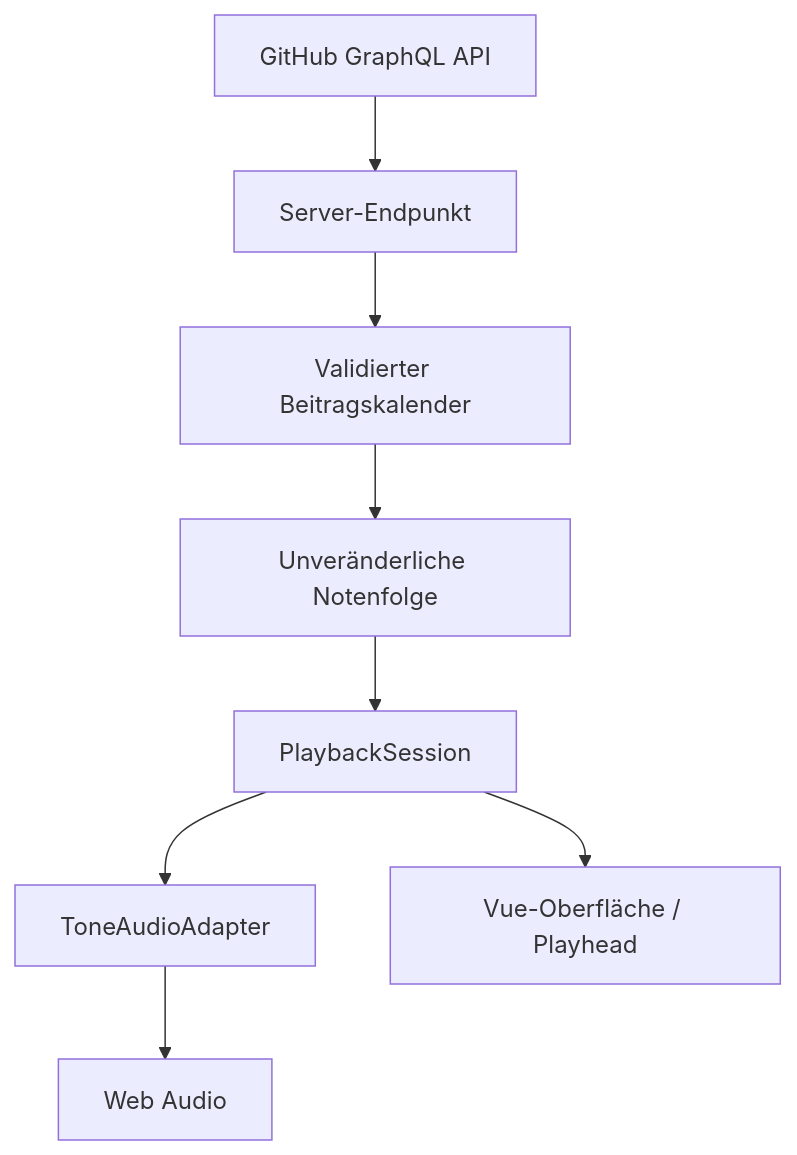
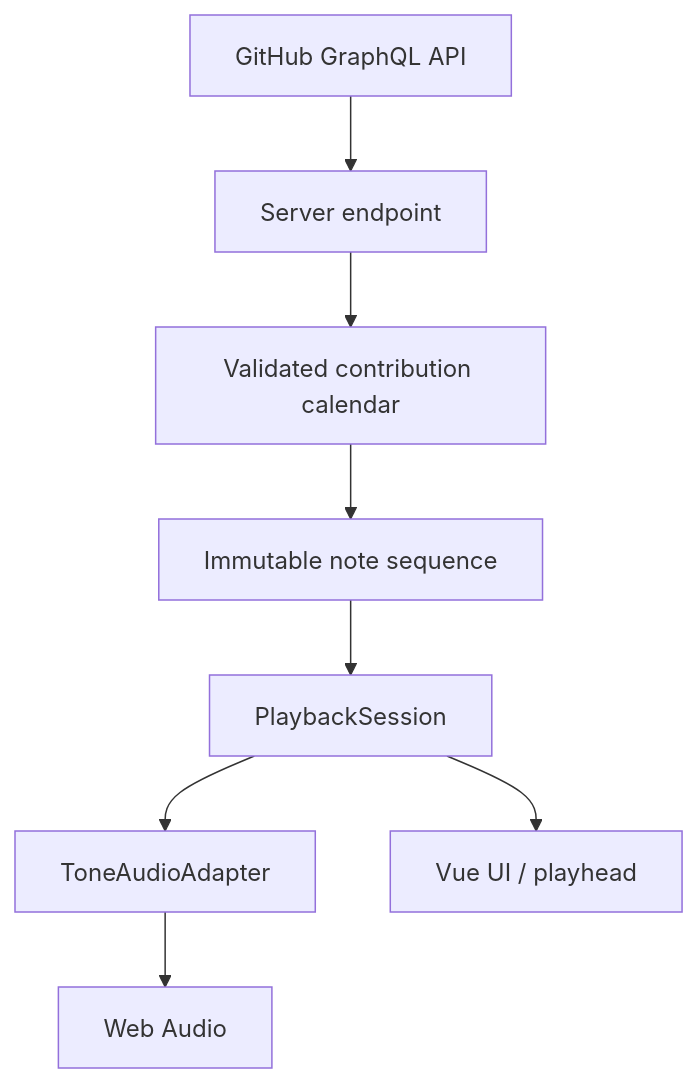
One commit to CodeRacon/GitGroove changed the diagram in README.md. Above: the diagram before and after it, drawn with Mermaid. The commit also changed other lines of this file and 2 other files, not shown here.

````diff
--- a/README.md
+++ b/README.md
@@ -48,10 +48,10 @@
 ```mermaid
 flowchart TD
-    GitHub[GitHub GraphQL API] --> Proxy[Server-Endpunkt]
-    Proxy --> Calendar[Validierter Beitragskalender]
-    Calendar --> Score[Unveränderliche Notenfolge]
+    GitHub[GitHub GraphQL API] --> Proxy[Server endpoint]
+    Proxy --> Calendar[Validated contribution calendar]
+    Calendar --> Score[Immutable note sequence]
     Score --> Session[PlaybackSession]
     Session --> Tone[ToneAudioAdapter]
     Tone --> Audio[Web Audio]
-    Session --> UI[Vue-Oberfläche / Playhead]
+    Session --> UI[Vue UI / playhead]
 ```
````
